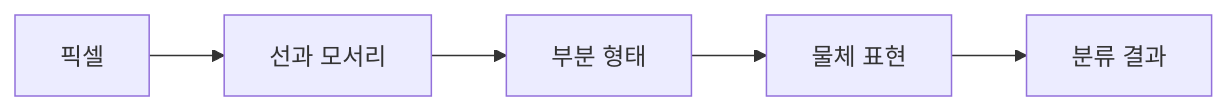
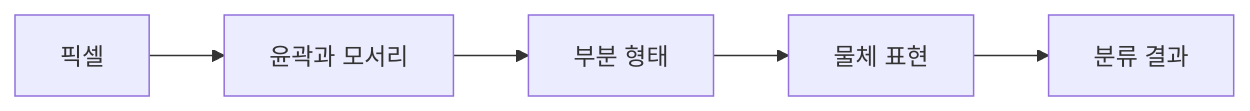
Before and after one commit to devchan64/AiBook: the diagram in docs/parts/part-01/chapter-09/section-01.md, drawn with Mermaid. The commit also changed other lines of this file and 13 other files, not shown here.

Commit message:
Translate Part 1 Korean diagrams

````diff
--- a/docs/parts/part-01/chapter-09/section-01.md
+++ b/docs/parts/part-01/chapter-09/section-01.md
@@ -133,10 +133,10 @@
 ```mermaid
 flowchart LR
   Pixels[픽셀]
-  Edges[선과 모서리]
+  Edges[윤곽과 모서리]
   Parts[부분 형태]
   Object[물체 표현]
   Class[분류 결과]
 
   Pixels --> Edges --> Parts --> Object --> Class
 ```
````
